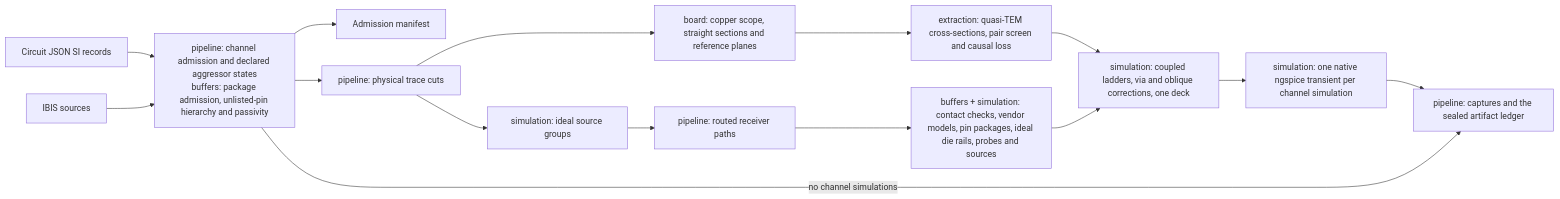
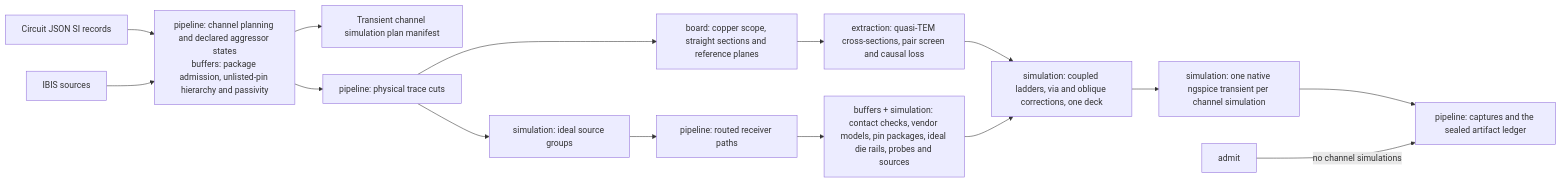
Before and after one commit to draarivpatel-ui/signal-integrity-pipeline: the first of 5 diagrams in docs/ARCHITECTURE.md, drawn with Mermaid. The commit also changed other lines of this file and 14 other files, not shown here.

Commit message:
Use transient channel simulation plan naming in #108

````diff
--- a/docs/ARCHITECTURE.md
+++ b/docs/ARCHITECTURE.md
@@ -27,17 +27,17 @@
 ```mermaid
 flowchart LR
-  source["Circuit JSON SI records"] --> admit["pipeline: channel admission and declared aggressor states<br/>buffers: package admission, unlisted-pin hierarchy and passivity"]
-  modelSources["IBIS sources"] --> admit
-  admit --> manifest["Admission manifest"]
-  admit --> cuts["pipeline: physical trace cuts"]
+  source["Circuit JSON SI records"] --> plan["pipeline: channel planning and declared aggressor states<br/>buffers: package admission, unlisted-pin hierarchy and passivity"]
+  modelSources["IBIS sources"] --> plan
+  plan --> manifest["Transient channel simulation plan manifest"]
+  plan --> cuts["pipeline: physical trace cuts"]
   cuts --> sections["board: copper scope, straight sections and reference planes"]
   cuts --> groups["simulation: ideal source groups"]
   groups --> receiverPaths["pipeline: routed receiver paths"]
   sections --> fields["extraction: quasi-TEM cross-sections, pair screen and causal loss"]
   receiverPaths --> bindings["buffers + simulation: contact checks, vendor models, pin packages, ideal die rails, probes and sources"]
   fields --> network["simulation: coupled ladders, via and oblique corrections, one deck"]
   bindings --> network
   network --> transient["simulation: one native ngspice transient per channel simulation"]
   transient --> output["pipeline: captures and the sealed artifact ledger"]
   admit -->|"no channel simulations"| output
 ```
````
